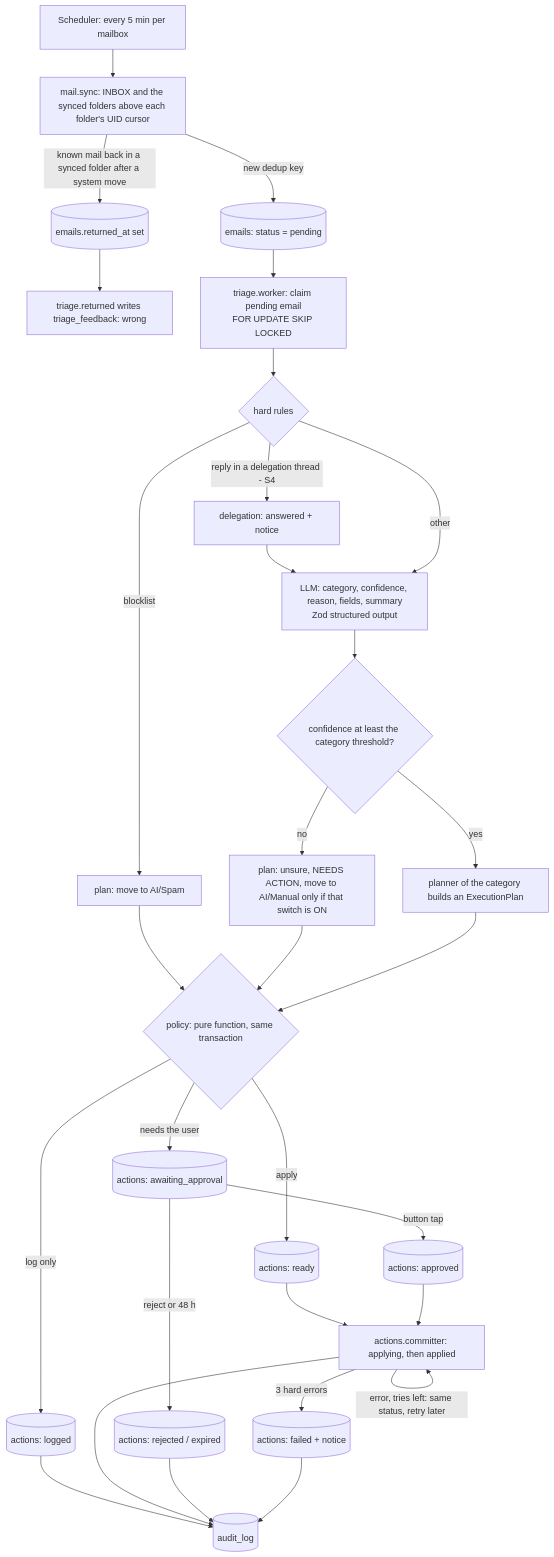
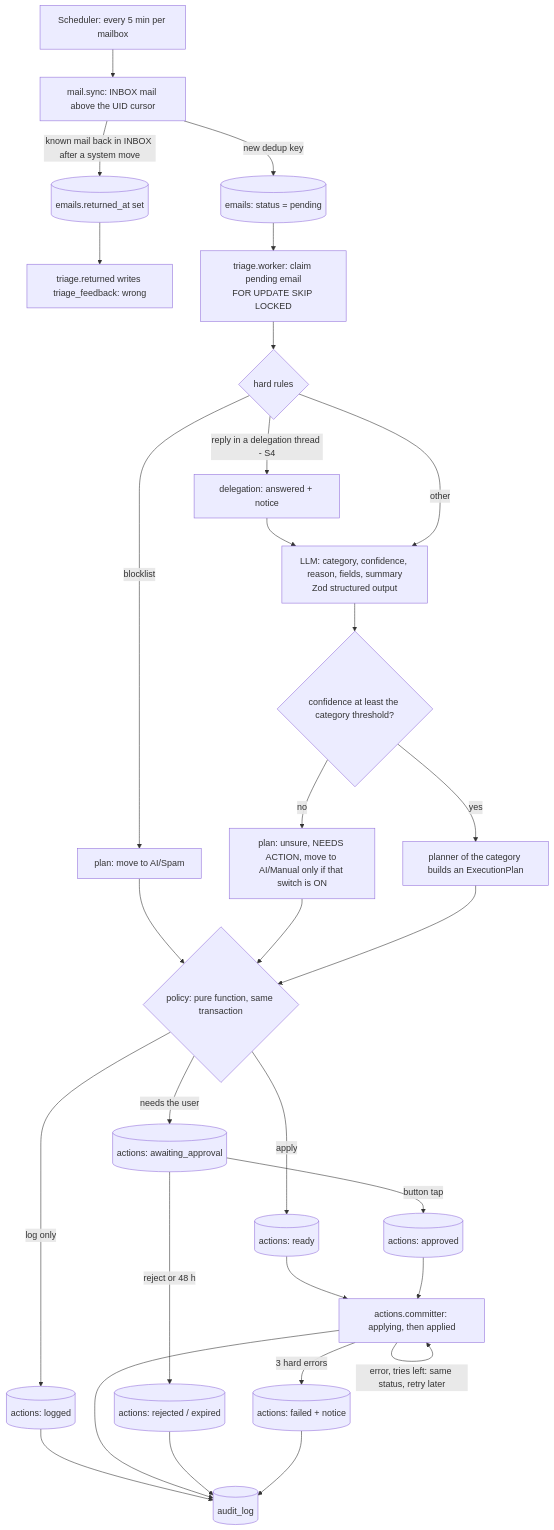
The second of 4 diagrams in docs/architecture.md (Artexs/email_assistant), drawn with Mermaid before and after one commit. The commit also changed other lines of this file and 126 other files, not shown here.

````diff
--- a/docs/architecture.md
+++ b/docs/architecture.md
@@ -89,32 +89,32 @@
 ```mermaid
 flowchart TD
-    Tick[Scheduler: every 5 min per mailbox] --> Sync[mail.sync: INBOX and the synced folders above each folder's UID cursor]
-    Sync -->|known mail back in a synced folder after a system move| Ret[(emails.returned_at set)]
+    Tick[Scheduler: every 5 min per mailbox] --> Sync[mail.sync: INBOX mail above the UID cursor]
+    Sync -->|known mail back in INBOX after a system move| Ret[(emails.returned_at set)]
     Ret --> FB[triage.returned writes triage_feedback: wrong]
     Sync -->|new dedup key| Store[(emails: status = pending)]
     Store --> Claim[triage.worker: claim pending email<br/>FOR UPDATE SKIP LOCKED]
     Claim --> Rules{hard rules}
     Rules -->|blocklist| PSpam[plan: move to AI/Spam]
     Rules -->|reply in a delegation thread - S4| Answered[delegation: answered + notice]
     Answered --> Classify
     Rules -->|other| Classify[LLM: category, confidence, reason, fields, summary<br/>Zod structured output]
     Classify --> Conf{confidence at least the category threshold?}
     Conf -->|no| PManual[plan: unsure, NEEDS ACTION, move to AI/Manual only if that switch is ON]
     Conf -->|yes| Plan[planner of the category builds an ExecutionPlan]
     PSpam --> Policy
     PManual --> Policy
     Plan --> Policy{policy: pure function, same transaction}
     Policy -->|log only| Logged[(actions: logged)]
     Policy -->|apply| Ready[(actions: ready)]
     Policy -->|needs the user| Await[(actions: awaiting_approval)]
     Ready --> Commit[actions.committer: applying, then applied]
     Await -->|button tap| Approved[(actions: approved)]
     Approved --> Commit
     Await -->|reject or 48 h| Closed[(actions: rejected / expired)]
     Commit -->|error, tries left: same status, retry later| Commit
     Commit -->|3 hard errors| Failed[(actions: failed + notice)]
     Logged --> Audit[(audit_log)]
     Commit --> Audit
     Closed --> Audit
     Failed --> Audit
 ```
````
